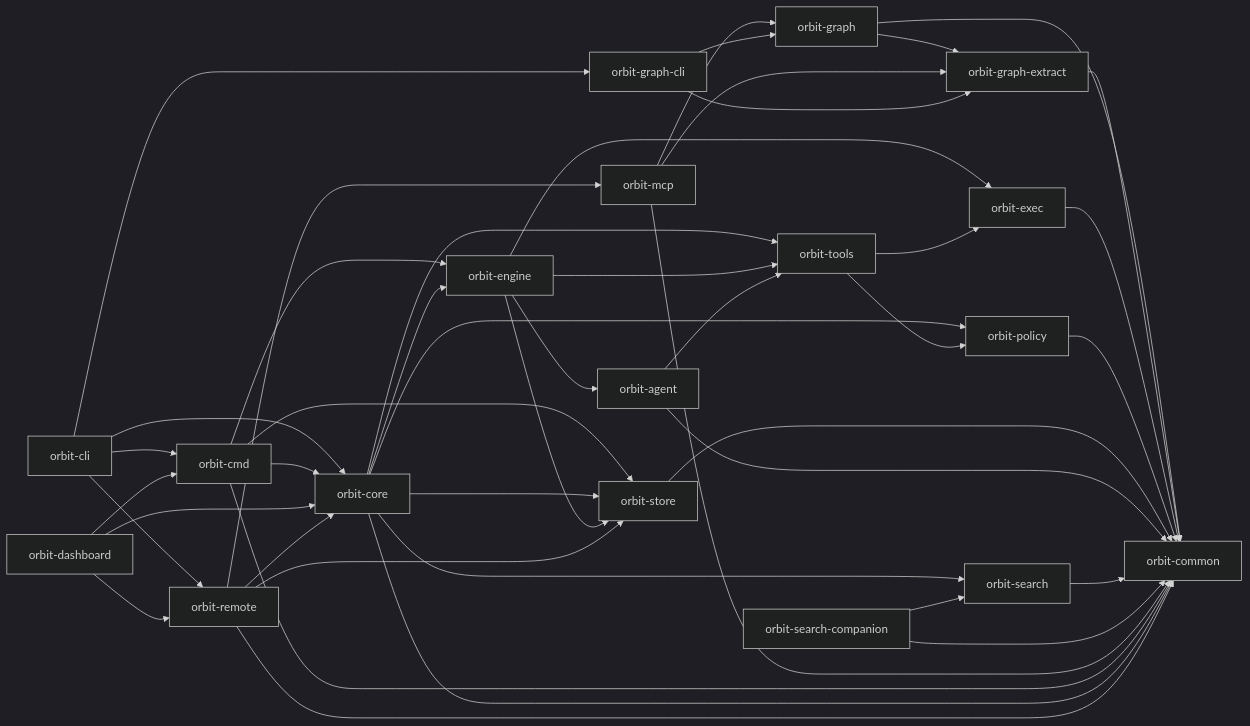
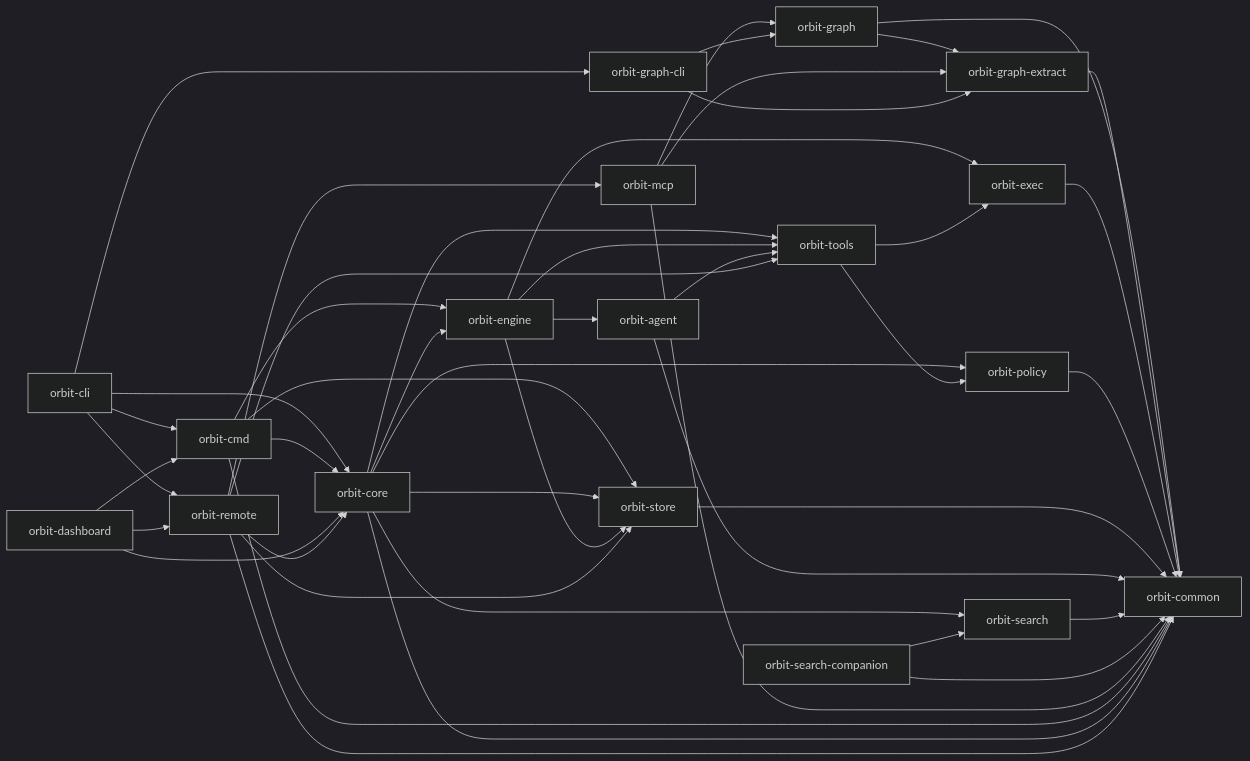
The diagram in ARCHITECTURE.md (danieljhkim/orbit), drawn with Mermaid (dark theme) before and after one commit. The commit also changed other lines of this file and 32 other files, not shown here.

````diff
--- a/ARCHITECTURE.md
+++ b/ARCHITECTURE.md
@@ -5,46 +5,47 @@
 ```mermaid
 flowchart LR
   CLI["orbit-cli"] --> Core["orbit-core"]
   CLI --> Cmd["orbit-cmd"]
   CLI --> Remote["orbit-remote"]
   CLI --> GraphCli["orbit-graph-cli"]
   Cmd --> Core
   Cmd --> Engine
   Cmd --> Store
   Core --> Engine["orbit-engine"]
   Core --> Store["orbit-store"]
   Core --> Tools["orbit-tools"]
   Core --> Search["orbit-search"]
   Core --> Policy["orbit-policy"]
   Engine --> Agent["orbit-agent"]
   Engine --> Store
   Engine --> Exec["orbit-exec"]
   Engine --> Tools
   Agent --> Tools
   Graph["orbit-graph"] --> GraphExtract["orbit-graph-extract"]
   Graph --> Common
   GraphExtract --> Common
   MCP --> Graph
   MCP --> GraphExtract
   Tools --> Exec["orbit-exec"]
   Tools --> Policy
   Exec --> Common["orbit-common"]
   Policy --> Common
   Store --> Common
   Agent --> Common
   Search --> Common
   SearchCompanion["orbit-search-companion"] --> Search
   SearchCompanion --> Common
   GraphCli["orbit-graph-cli"] --> Graph
   GraphCli --> GraphExtract
   MCP --> Common
   Dashboard["orbit-dashboard"] --> Core
   Dashboard --> Cmd
   Cmd --> Common
   Core --> Common
   Remote --> Core
   Remote --> MCP["orbit-mcp"]
   Remote --> Store
+  Remote --> Tools
   Remote --> Common
   Dashboard --> Remote
 ```
````
